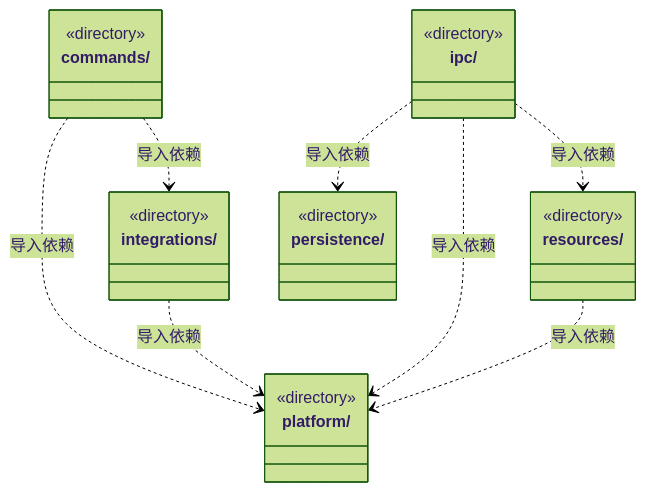
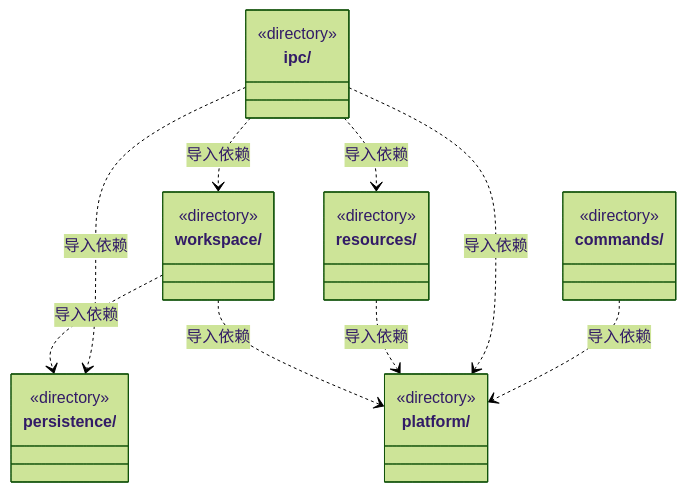
One commit to nan023062/cbim changed the first of 2 diagrams in src/backend/main/ARCHITECTURE.md. Above: the diagram before and after it, drawn with Mermaid (forest theme). The commit also changed other lines of this file and 211 other files, not shown here.

````diff
--- a/src/backend/main/ARCHITECTURE.md
+++ b/src/backend/main/ARCHITECTURE.md
@@ -19,28 +21,29 @@
 ```mermaid
 classDiagram
 class N_src_backend_main_commands["commands/"] {
-  <<directory>>
-}
-class N_src_backend_main_integrations["integrations/"] {
   <<directory>>
 }
 class N_src_backend_main_ipc["ipc/"] {
   <<directory>>
 }
 class N_src_backend_main_persistence["persistence/"] {
   <<directory>>
 }
 class N_src_backend_main_platform["platform/"] {
   <<directory>>
 }
 class N_src_backend_main_resources["resources/"] {
   <<directory>>
 }
+class N_src_backend_main_workspace["workspace/"] {
+  <<directory>>
+}
 N_src_backend_main_commands ..> N_src_backend_main_platform : 导入依赖
-N_src_backend_main_commands ..> N_src_backend_main_integrations : 导入依赖
-N_src_backend_main_integrations ..> N_src_backend_main_platform : 导入依赖
 N_src_backend_main_ipc ..> N_src_backend_main_persistence : 导入依赖
+N_src_backend_main_ipc ..> N_src_backend_main_workspace : 导入依赖
 N_src_backend_main_ipc ..> N_src_backend_main_platform : 导入依赖
 N_src_backend_main_ipc ..> N_src_backend_main_resources : 导入依赖
 N_src_backend_main_resources ..> N_src_backend_main_platform : 导入依赖
+N_src_backend_main_workspace ..> N_src_backend_main_platform : 导入依赖
+N_src_backend_main_workspace ..> N_src_backend_main_persistence : 导入依赖
 ```
````
